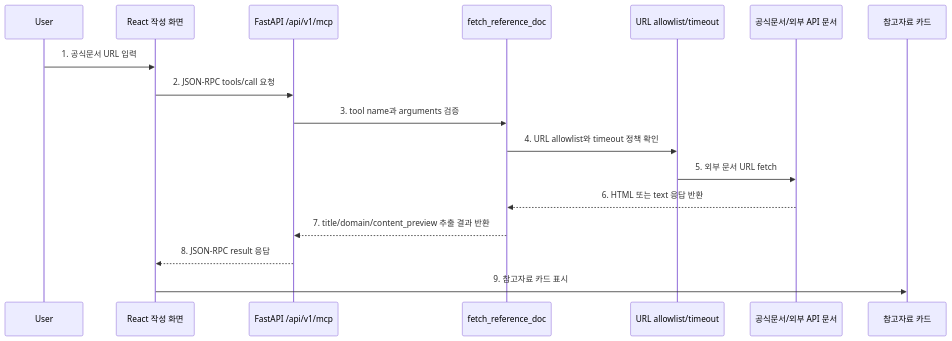
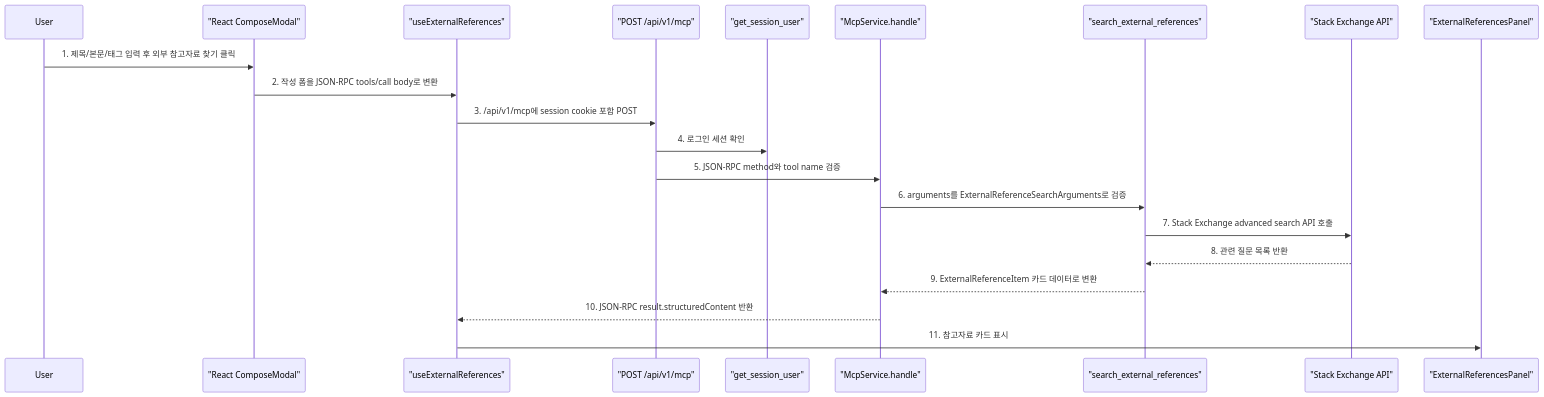
Before and after one commit to JUNGLE-TEAM1/W16_team_sprint: the diagram in docs2/sprint-7/mcp-concept-and-decision-guide.md, drawn with Mermaid. The commit also changed other lines of this file and 18 other files, not shown here.

Commit message:
feat: add mcp external reference search

````diff
--- a/docs2/sprint-7/mcp-concept-and-decision-guide.md
+++ b/docs2/sprint-7/mcp-concept-and-decision-guide.md
@@ -179,20 +180,24 @@
 ```mermaid
 sequenceDiagram
     participant User as User
-    participant Compose as React 작성 화면
-    participant MCPAPI as FastAPI /api/v1/mcp
-    participant Tool as fetch_reference_doc
-    participant Guard as URL allowlist/timeout
-    participant External as 공식문서/외부 API 문서
-    participant Card as 참고자료 카드
+    participant Compose as "React ComposeModal"
+    participant Hook as "useExternalReferences"
+    participant MCPAPI as "POST /api/v1/mcp"
+    participant Auth as "get_session_user"
+    participant MCP as "McpService.handle"
+    participant Tool as "search_external_references"
+    participant External as "Stack Exchange API"
+    participant Panel as "ExternalReferencesPanel"
 
-    User->>Compose: 1. 공식문서 URL 입력
-    Compose->>MCPAPI: 2. JSON-RPC tools/call 요청
-    MCPAPI->>Tool: 3. tool name과 arguments 검증
-    Tool->>Guard: 4. URL allowlist와 timeout 정책 확인
-    Guard->>External: 5. 외부 문서 URL fetch
-    External-->>Tool: 6. HTML 또는 text 응답 반환
-    Tool-->>MCPAPI: 7. title/domain/content_preview 추출 결과 반환
-    MCPAPI-->>Compose: 8. JSON-RPC result 응답
-    Compose->>Card: 9. 참고자료 카드 표시
+    User->>Compose: 1. 제목/본문/태그 입력 후 외부 참고자료 찾기 클릭
+    Compose->>Hook: 2. 작성 폼을 JSON-RPC tools/call body로 변환
+    Hook->>MCPAPI: 3. /api/v1/mcp에 session cookie 포함 POST
+    MCPAPI->>Auth: 4. 로그인 세션 확인
+    MCPAPI->>MCP: 5. JSON-RPC method와 tool name 검증
+    MCP->>Tool: 6. arguments를 ExternalReferenceSearchArguments로 검증
+    Tool->>External: 7. Stack Exchange advanced search API 호출
+    External-->>Tool: 8. 관련 질문 목록 반환
+    Tool-->>MCP: 9. ExternalReferenceItem 카드 데이터로 변환
+    MCP-->>Hook: 10. JSON-RPC result.structuredContent 반환
+    Hook->>Panel: 11. 참고자료 카드 표시
 ```
````
